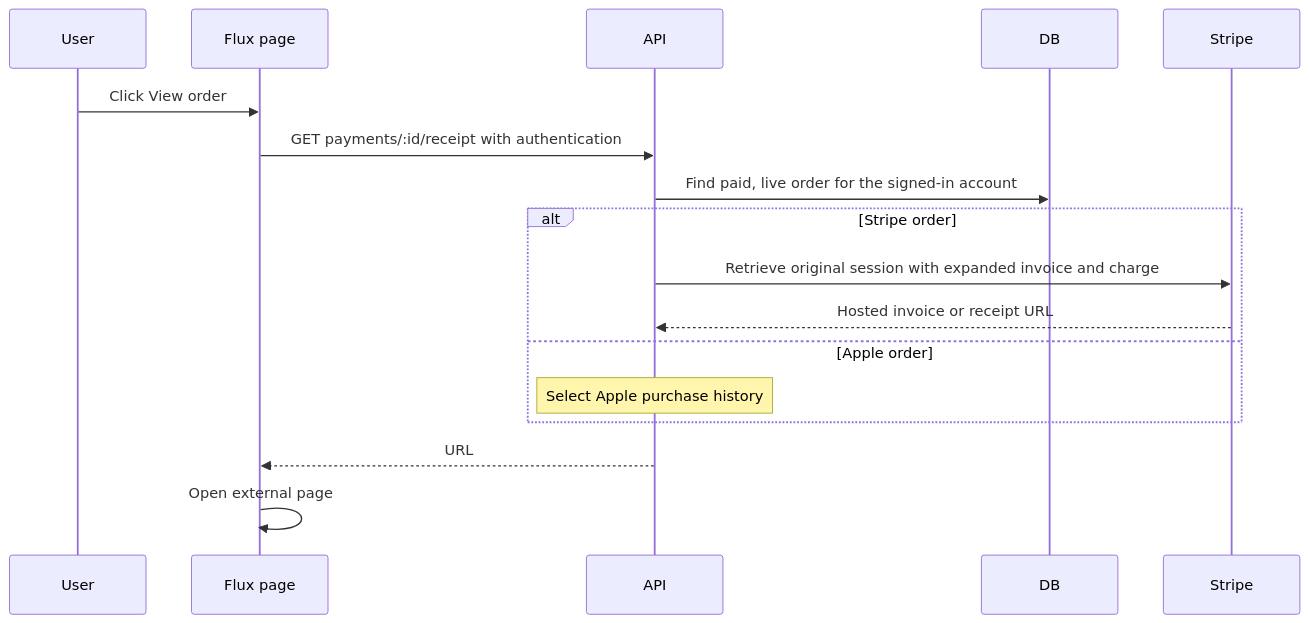
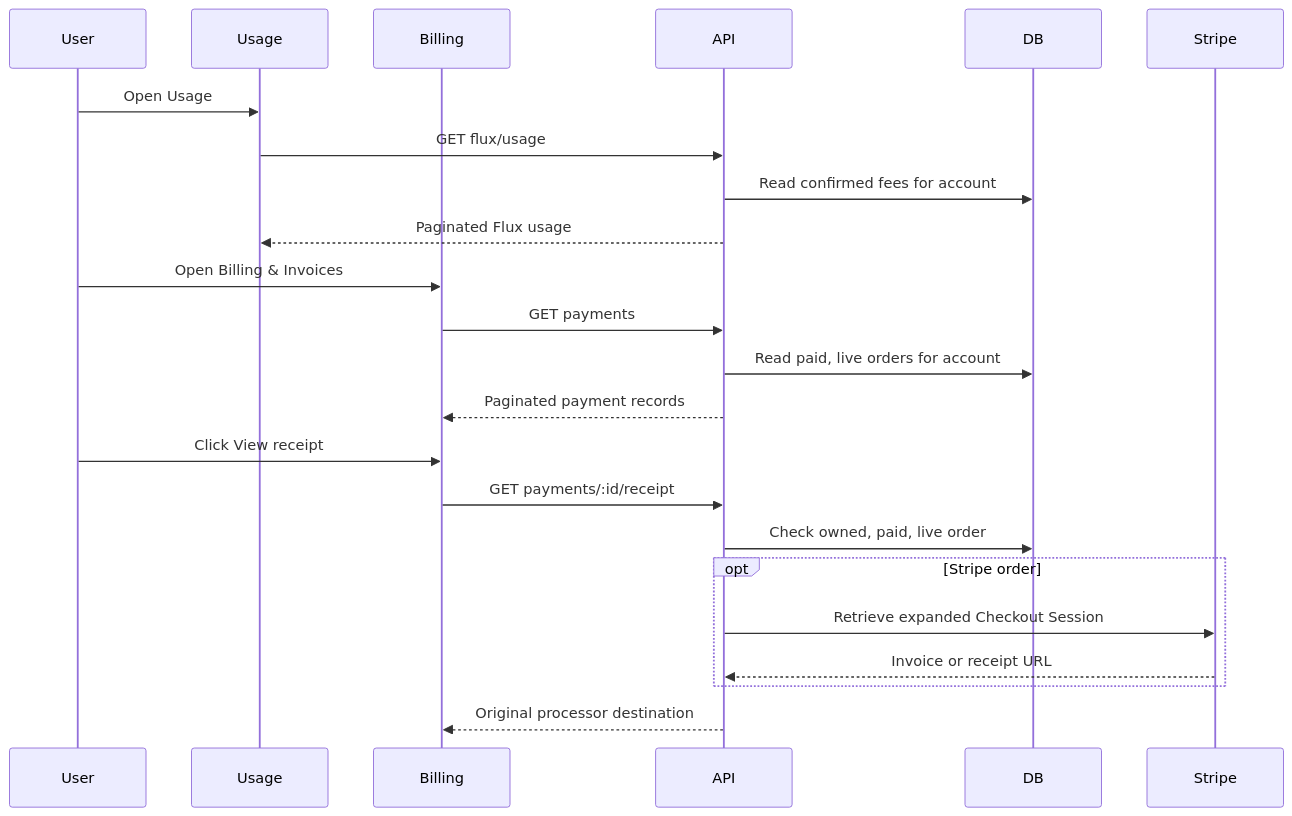
One commit to moeru-ai/airi changed the second of 2 diagrams in server/docs/ai/adr/2026-11-03-topup-order-receipts.md. Above: the diagram before and after it, drawn with Mermaid. The commit also changed other lines of this file and 25 other files, not shown here.

Commit message:
feat(flux): separate usage from billing and receipts

````diff
--- a/server/docs/ai/adr/2026-11-03-topup-order-receipts.md
+++ b/server/docs/ai/adr/2026-11-03-topup-order-receipts.md
@@ -64,19 +72,25 @@
 ```mermaid
 sequenceDiagram
   participant User
-  participant Page as Flux page
+  participant Usage
+  participant Billing
   participant API
   participant DB
   participant Stripe
-  User->>Page: Click View order
-  Page->>API: GET payments/:id/receipt with authentication
-  API->>DB: Find paid, live order for the signed-in account
-  alt Stripe order
-    API->>Stripe: Retrieve original session with expanded invoice and charge
-    Stripe-->>API: Hosted invoice or receipt URL
-  else Apple order
-    Note over API: Select Apple purchase history
+  User->>Usage: Open Usage
+  Usage->>API: GET flux/usage
+  API->>DB: Read confirmed fees for account
+  API-->>Usage: Paginated Flux usage
+  User->>Billing: Open Billing & Invoices
+  Billing->>API: GET payments
+  API->>DB: Read paid, live orders for account
+  API-->>Billing: Paginated payment records
+  User->>Billing: Click View receipt
+  Billing->>API: GET payments/:id/receipt
+  API->>DB: Check owned, paid, live order
+  opt Stripe order
+    API->>Stripe: Retrieve expanded Checkout Session
+    Stripe-->>API: Invoice or receipt URL
   end
-  API-->>Page: URL
-  Page->>Page: Open external page
+  API-->>Billing: Original processor destination
 ```
````
